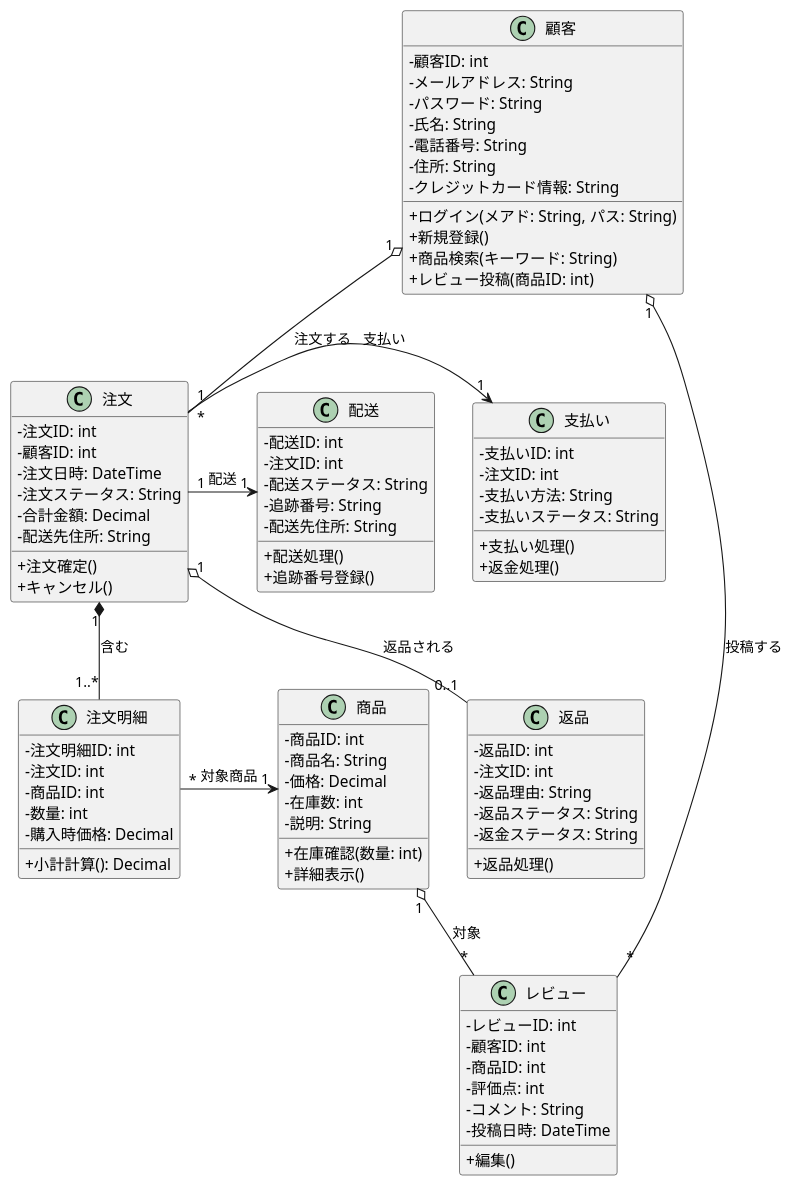
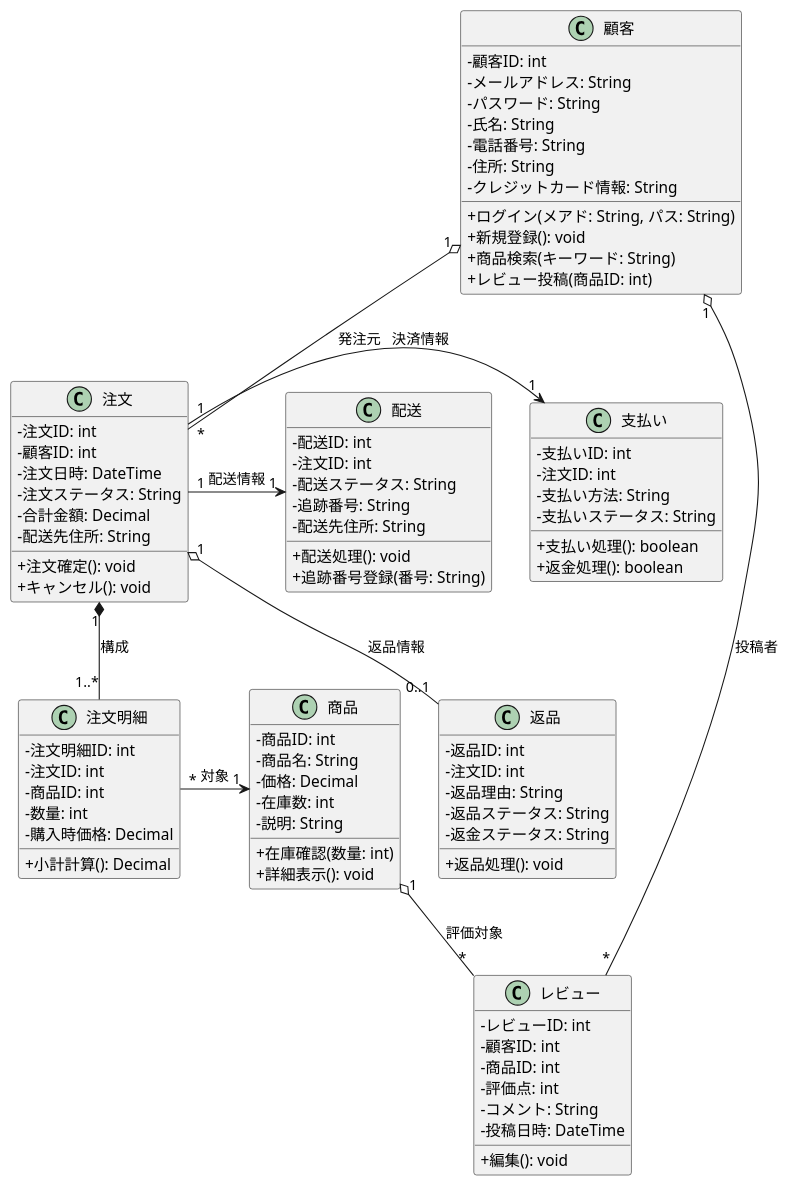
The diagram in class.pu (mameiku/group3-4), drawn with PlantUML before and after one commit.

Commit message:
更新

```diff
--- a/class.pu
+++ b/class.pu
@@ -1,115 +1,116 @@
 @startuml Bag_systemドメインモデル図
 skinparam handwritten false
 skinparam classAttributeIconSize 0
+skinparam defaultFontName "メイリオ"
 
 class 顧客 {
     - 顧客ID: int
     - メールアドレス: String
     - パスワード: String
     - 氏名: String
     - 電話番号: String
     - 住所: String
     - クレジットカード情報: String
     + ログイン(メアド: String, パス: String)
-    + 新規登録()
+    + 新規登録(): void
     + 商品検索(キーワード: String)
     + レビュー投稿(商品ID: int)
 }
 
 class 商品 {
     - 商品ID: int
     - 商品名: String
     - 価格: Decimal
     - 在庫数: int
     - 説明: String
     + 在庫確認(数量: int)
-    + 詳細表示()
+    + 詳細表示(): void
 }
 
 class 注文 {
-    - 注文ID: int 
-    - 顧客ID: int 
+    - 注文ID: int
+    - 顧客ID: int
     - 注文日時: DateTime
     - 注文ステータス: String
     - 合計金額: Decimal
     - 配送先住所: String
-    + 注文確定()
-    + キャンセル()
+    + 注文確定(): void
+    + キャンセル(): void
 }
 
 class 注文明細 {
-    - 注文明細ID: int 
-    - 注文ID: int 
-    - 商品ID: int 
+    - 注文明細ID: int
+    - 注文ID: int
+    - 商品ID: int
     - 数量: int
     - 購入時価格: Decimal
     + 小計計算(): Decimal
 }
 
 class レビュー {
-    - レビューID: int 
+    - レビューID: int
     - 顧客ID: int
     - 商品ID: int
     - 評価点: int
     - コメント: String
     - 投稿日時: DateTime
-    + 編集()
+    + 編集(): void
 }
 
 class 支払い {
-    - 支払いID: int 
-    - 注文ID: int 
+    - 支払いID: int
+    - 注文ID: int
     - 支払い方法: String
     - 支払いステータス: String
-    + 支払い処理()
-    + 返金処理()
+    + 支払い処理(): boolean
+    + 返金処理(): boolean
 }
 
 class 配送 {
     - 配送ID: int
     - 注文ID: int
     - 配送ステータス: String
     - 追跡番号: String
     - 配送先住所: String
-    + 配送処理()
-    + 追跡番号登録()
+    + 配送処理(): void
+    + 追跡番号登録(番号: String)
 }
 
 class 返品 {
     - 返品ID: int
     - 注文ID: int
     - 返品理由: String
     - 返品ステータス: String
     - 返金ステータス: String
-    + 返品処理()
+    + 返品処理(): void
 }
 
 ' ====================================================================
 ' 関連定義 (Associations)
 ' ====================================================================
 
-' 顧客 - 注文 
-顧客 "1" o-- "*" 注文 : 注文する
+' 顧客 - 注文 (1対多)
+顧客 "1" o-- "*" 注文 : 発注元
 
-' 注文 - 注文明細 (注文は複数の明細を持つ)
-注文 "1" *-- "1..*" 注文明細 : 含む
+' 注文 - 注文明細 (1対多/コンポジション)
+注文 "1" *-- "1..*" 注文明細 : 構成
 
-注文明細 "*" -> "1" 商品 : 対象商品
+' 注文明細 -> 商品 (多対1/一方向)
+注文明細 "*" -> "1" 商品 : 対象
 
+' 顧客 - レビュー (1対多)
+顧客 "1" o-- "*" レビュー : 投稿者
 
-' 顧客 - レビュー
-顧客 "1" o-- "*" レビュー : 投稿する
+' 商品 - レビュー (1対多)
+商品 "1" o-- "*" レビュー : 評価対象
 
-' 商品 - レビュー
-商品 "1" o-- "*" レビュー : 対象
+' 注文 -> 支払い (1対1/一方向)
+注文 "1" -> "1" 支払い : 決済情報
 
-' 注文 -> 支払い
-注文 "1" -> "1" 支払い : 支払い
+' 注文 -> 配送 (1対1/一方向)
+注文 "1" -> "1" 配送 : 配送情報
 
-' 注文 -> 配送
-注文 "1" -> "1" 配送 : 配送
-
-' 注文 - 返品
-注文 "1" o-- "0..1" 返品 : 返品される
+' 注文 - 返品 (1対0..1)
+注文 "1" o-- "0..1" 返品 : 返品情報
 
 @enduml
```
